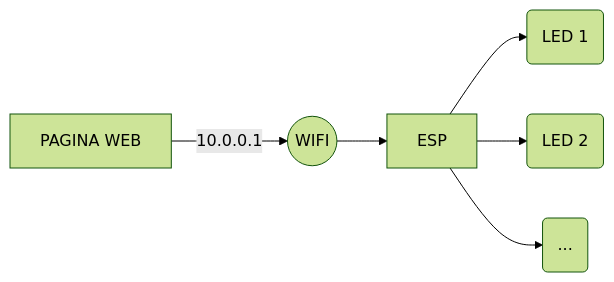
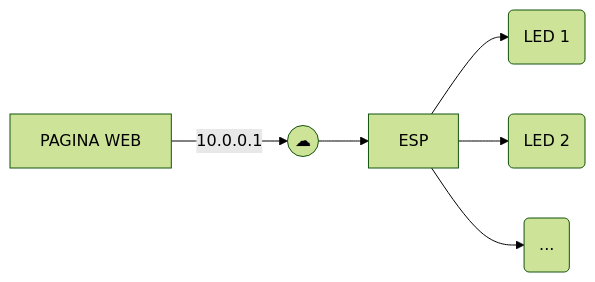
Before and after one commit to Condiolov/AppCasa: the second of 3 diagrams in README.md, drawn with Mermaid (forest theme). The commit also changed other lines of this file, not shown here.

````diff
--- a/README.md
+++ b/README.md
@@ -28,8 +28,8 @@
 ```mermaid
 graph LR
-A[PAGINA WEB] -- 10.0.0.1 --> B((WIFI))
+A[PAGINA WEB] -- 10.0.0.1 --> B((☁))
 B --> D[ESP]
 D-->E(LED 1)
 D-->F(LED 2)
 D-->H(...)
 ```
````
